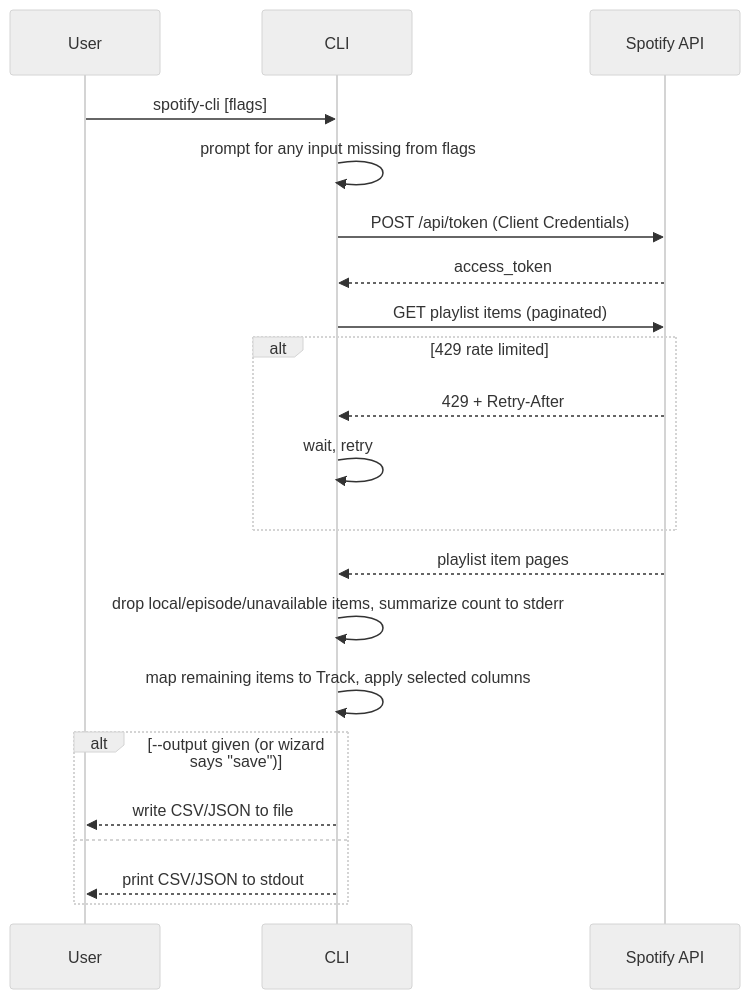
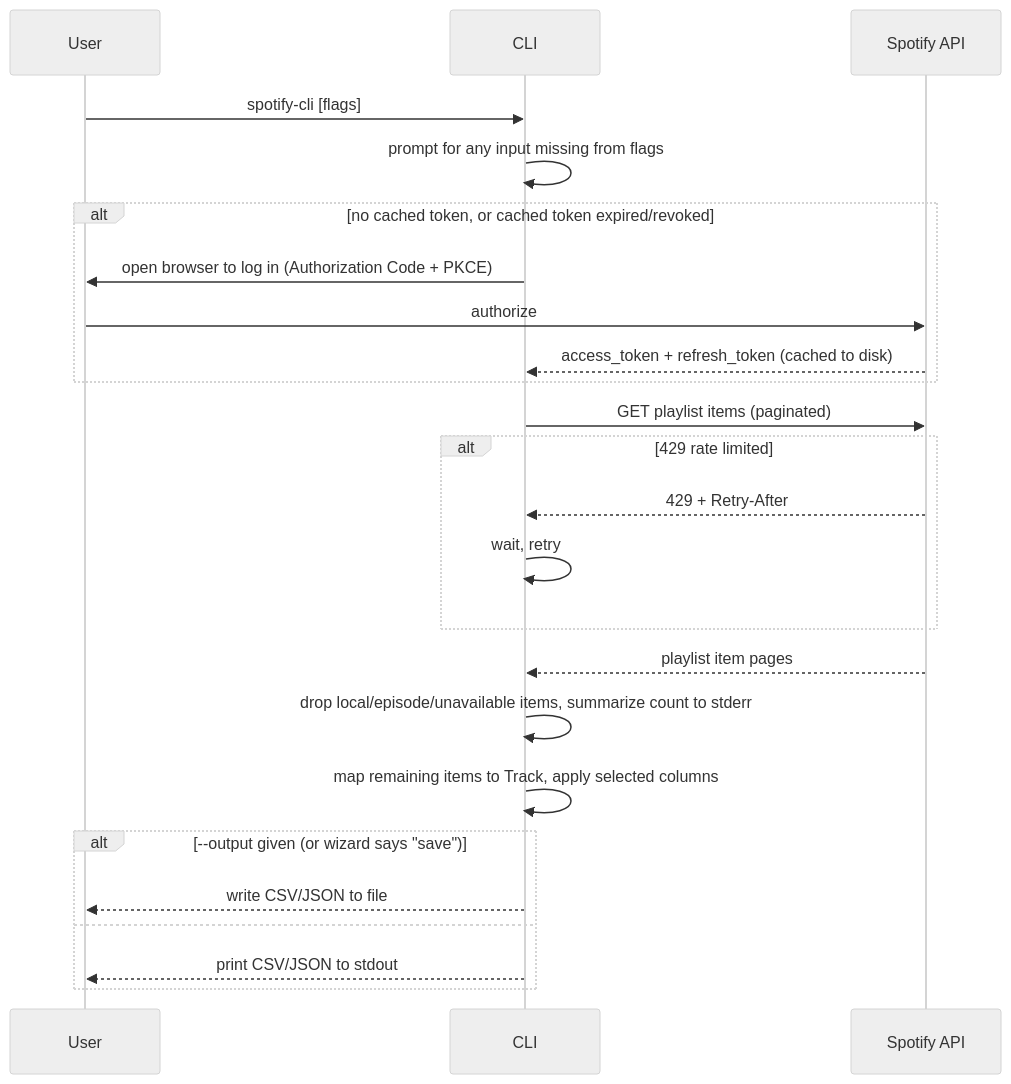
Before and after one commit to grabreu/spotify-cli: the second of 2 diagrams in docs/architecture.md, drawn with Mermaid (neutral theme). The commit also changed other lines of this file and 19 other files, not shown here.

Commit message:
feat: wire playlist export end to end, with Authorization Code + PKCE auth (#8)

````diff
--- a/docs/architecture.md
+++ b/docs/architecture.md
@@ -32,24 +32,27 @@
 ```mermaid
 sequenceDiagram
     participant User
     participant CLI
     participant Spotify as Spotify API
 
     User->>CLI: spotify-cli [flags]
     CLI->>CLI: prompt for any input missing from flags
-    CLI->>Spotify: POST /api/token (Client Credentials)
-    Spotify-->>CLI: access_token
+    alt no cached token, or cached token expired/revoked
+        CLI->>User: open browser to log in (Authorization Code + PKCE)
+        User->>Spotify: authorize
+        Spotify-->>CLI: access_token + refresh_token (cached to disk)
+    end
     CLI->>Spotify: GET playlist items (paginated)
     alt 429 rate limited
         Spotify-->>CLI: 429 + Retry-After
         CLI->>CLI: wait, retry
     end
     Spotify-->>CLI: playlist item pages
     CLI->>CLI: drop local/episode/unavailable items, summarize count to stderr
     CLI->>CLI: map remaining items to Track, apply selected columns
     alt --output given (or wizard says "save")
         CLI-->>User: write CSV/JSON to file
     else
         CLI-->>User: print CSV/JSON to stdout
     end
 ```
````
